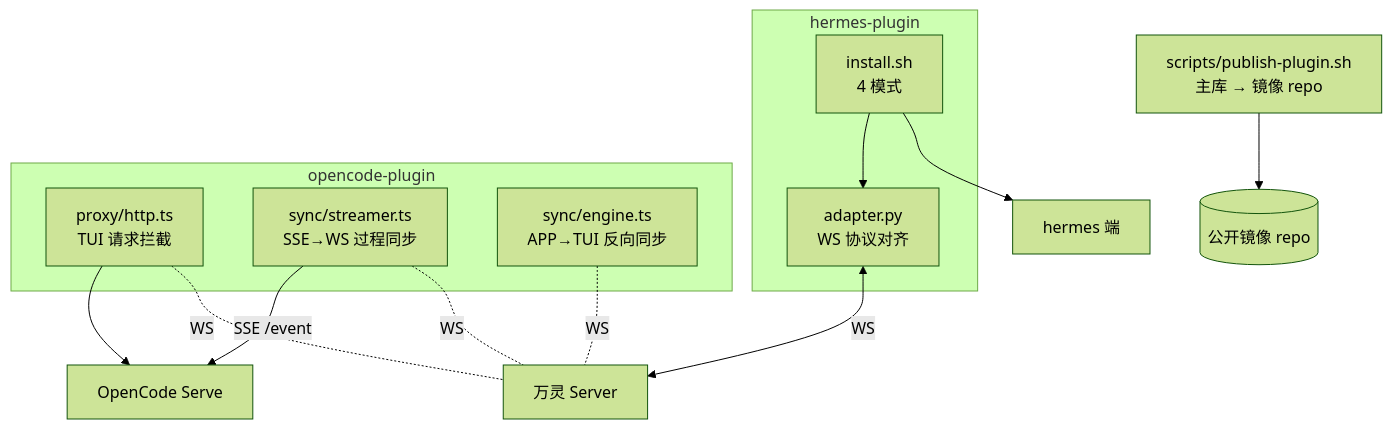
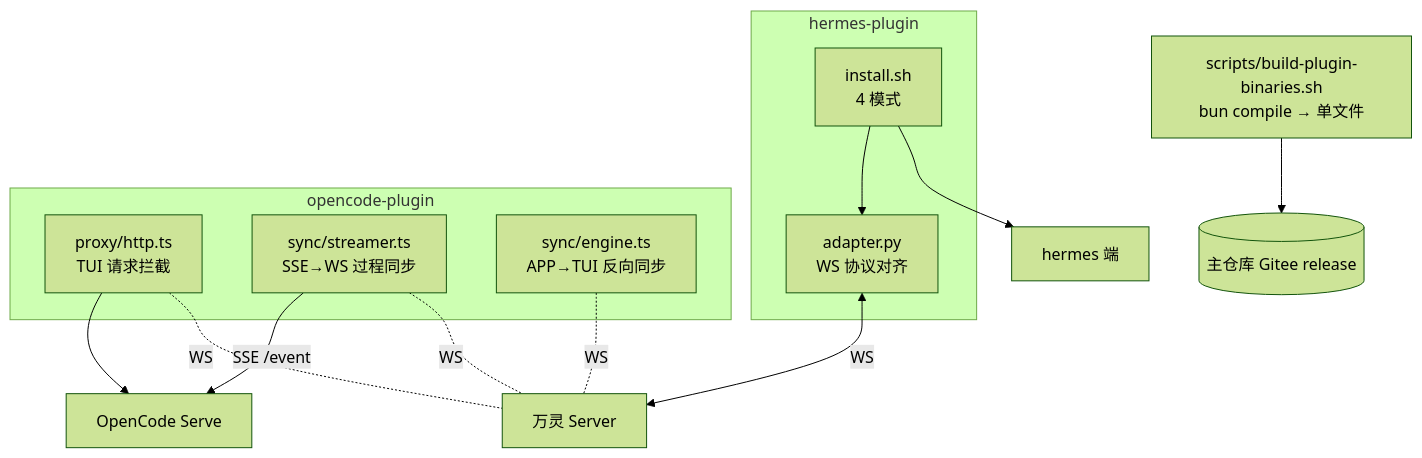
One commit to luoyu318/wanling changed the diagram in docs/architecture/plugin.md. Above: the diagram before and after it, drawn with Mermaid (forest theme). The commit also changed other lines of this file and 9 other files, not shown here.

````diff
--- a/docs/architecture/plugin.md
+++ b/docs/architecture/plugin.md
@@ -7,28 +7,28 @@
 ```mermaid
 flowchart TB
     subgraph hermes-plugin
         HINSTALL[install.sh<br/>4 模式]
         HADAPTER[adapter.py<br/>WS 协议对齐]
     end
     subgraph opencode-plugin
         OPROXY[proxy/http.ts<br/>TUI 请求拦截]
         OSTREAMER[sync/streamer.ts<br/>SSE→WS 过程同步]
         OSYNC[sync/engine.ts<br/>APP→TUI 反向同步]
     end
-    PUBLISH[scripts/publish-plugin.sh<br/>主库 → 镜像 repo]
+    PUBLISH[scripts/build-plugin-binaries.sh<br/>bun compile → 单文件]
 
     SERVER[万灵 Server]
-    MIRROR[(公开镜像 repo)]
+    REL[(主仓库 Gitee release)]
     HERMES[hermes 端]
     OC[OpenCode Serve]
 
     HINSTALL --> HADAPTER
     HADAPTER <-->|WS| SERVER
     HINSTALL --> HERMES
     OPROXY --> OC
     OSTREAMER -- SSE /event --> OC
     OPROXY -. WS .- SERVER
     OSTREAMER -. WS .- SERVER
     OSYNC -. WS .- SERVER
-    PUBLISH --> MIRROR
+    PUBLISH --> REL
 ```
````
